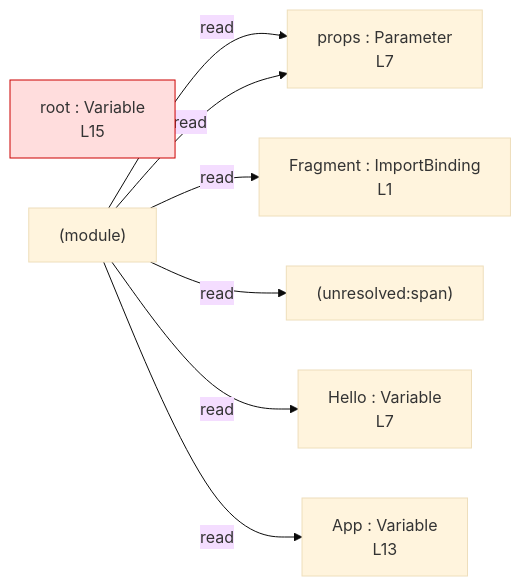
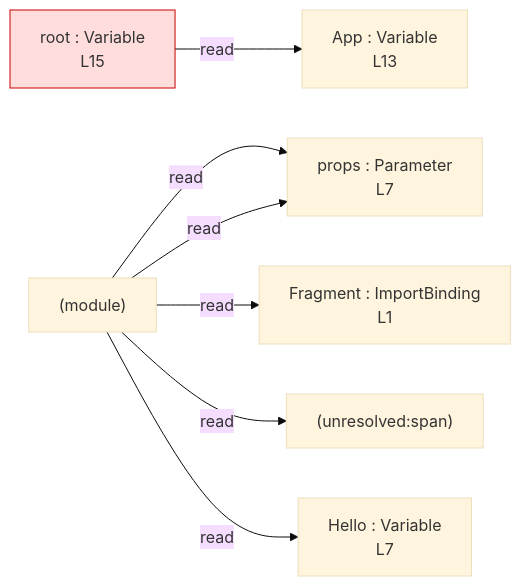
The diagram in integration/fixtures/jsx-component/preview.md (crescware/unsnarl), drawn with Mermaid (base theme) before and after one commit. The commit also changed 38 other files, not shown here.

First line of the commit message:
feat: route Mermaid edges through the initialized variable (owner)

````diff
--- a/integration/fixtures/jsx-component/preview.md
+++ b/integration/fixtures/jsx-component/preview.md
@@ -25,18 +25,18 @@
 ```mermaid
 flowchart LR
   n_scope_0_Fragment_9["Fragment : ImportBinding\nL1"]
   n_scope_0_Hello_79["Hello : Variable\nL7"]
   n_scope_0_App_196["App : Variable\nL13"]
   n_scope_0_root_237["root : Variable\nL15"]
   n_scope_1_props_88["props : Parameter\nL7"]
   n_scope_0_span_125["(unresolved:span)"]
   module_root -->|read| n_scope_1_props_88
   module_root -->|read| n_scope_0_Fragment_9
   module_root -->|read| n_scope_0_span_125
   module_root -->|read| n_scope_1_props_88
   module_root -->|read| n_scope_0_Hello_79
-  module_root -->|read| n_scope_0_App_196
+  n_scope_0_root_237 -->|read| n_scope_0_App_196
   module_root["(module)"]
   classDef unused fill:#fdd,stroke:#c00;
   class n_scope_0_root_237 unused;
 ```
````
